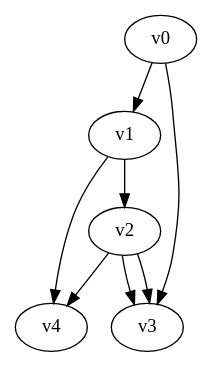
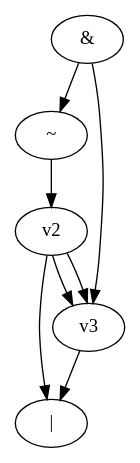
Before and after one commit to yadej/graph_project: the diagram in tmp.dot, drawn with Graphviz. The commit also changed 3 other files, not shown here.

```diff
--- a/tmp.dot
+++ b/tmp.dot
@@ -1,8 +1,10 @@
 digraph G { 
-v0 -> v1 -> v4;
-v0 -> v3;
-v1 -> v2;
+v0[label="&"]; 
+v1[label="~"]; 
+v4[label="|"]; 
+v0 -> v1 -> v2;
+v0 -> v3 -> v4;
 v2 -> v3;
 v2 -> v3;
 v2 -> v4;
 }
```
